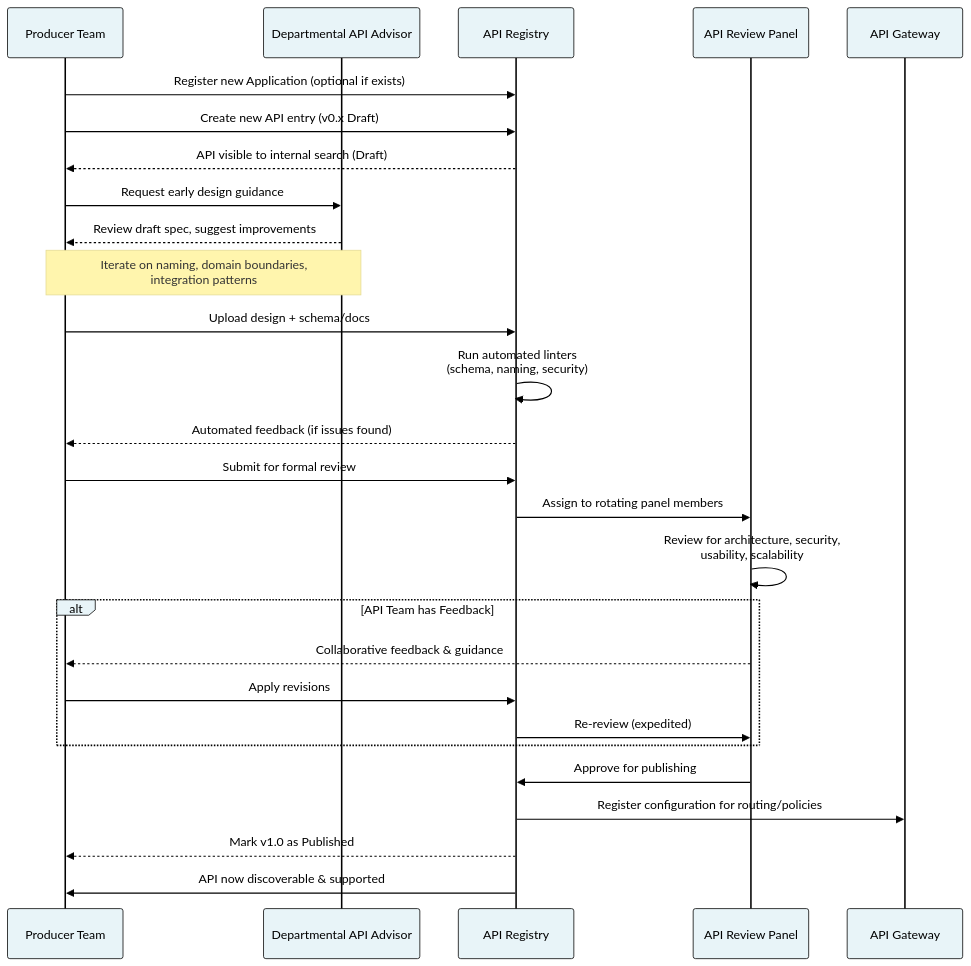
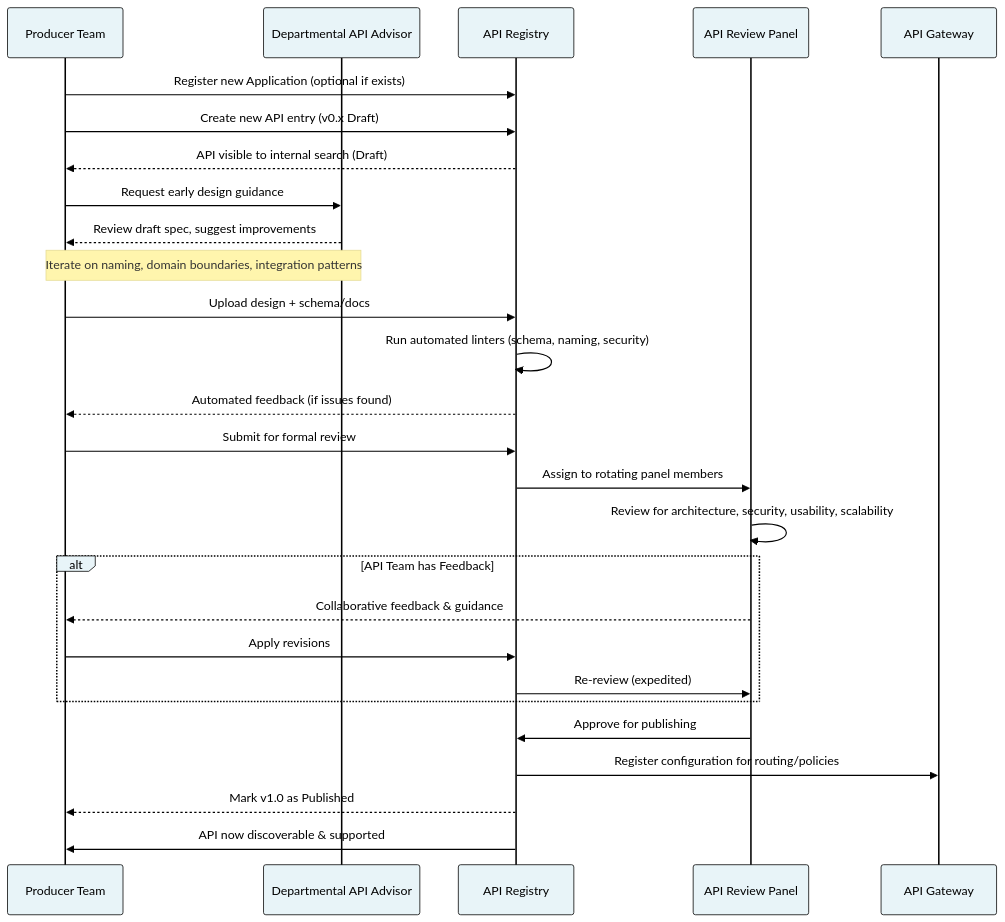
One commit to barbecuesteve/api-governance changed the fourth of 9 diagrams in technical-design.md. Above: the diagram before and after it, drawn with Mermaid. The commit also changed other lines of this file and 4 other files, not shown here.

```diff
--- a/technical-design.md
+++ b/technical-design.md
@@ -195,36 +195,36 @@
 <pre class="mermaid">
 %%{init: {'theme':'base', 'themeVariables': { 'primaryColor':'#e8f4f8','primaryTextColor':'#000','primaryBorderColor':'#000','lineColor':'#333'}}}%%
 sequenceDiagram
     participant PT as Producer Team
     participant DA as Departmental API Advisor
     participant REG as API Registry
     participant ARP as API Review Panel
     participant GW as API Gateway
 
     PT->>REG: Register new Application (optional if exists)
     PT->>REG: Create new API entry (v0.x Draft)
     REG-->>PT: API visible to internal search (Draft)
 
     PT->>DA: Request early design guidance
     DA-->>PT: Review draft spec, suggest improvements
-    Note over PT,DA: Iterate on naming, domain boundaries,<br/>integration patterns
+    Note over PT,DA: Iterate on naming, domain boundaries, integration patterns
     
     PT->>REG: Upload design + schema/docs
-    REG->>REG: Run automated linters<br/>(schema, naming, security)
+    REG->>REG: Run automated linters (schema, naming, security)
     REG-->>PT: Automated feedback (if issues found)
     
     PT->>REG: Submit for formal review
     REG->>ARP: Assign to rotating panel members
-    ARP->>ARP: Review for architecture, security,<br/>usability, scalability
+    ARP->>ARP: Review for architecture, security, usability, scalability
     
     alt API Team has Feedback
         ARP-->>PT: Collaborative feedback & guidance
         PT->>REG: Apply revisions
         REG->>ARP: Re-review (expedited)
     end
     
     ARP->>REG: Approve for publishing
     REG->>GW: Register configuration for routing/policies
     REG-->>PT: Mark v1.0 as Published
     REG->>PT: API now discoverable & supported
 </pre>
```
